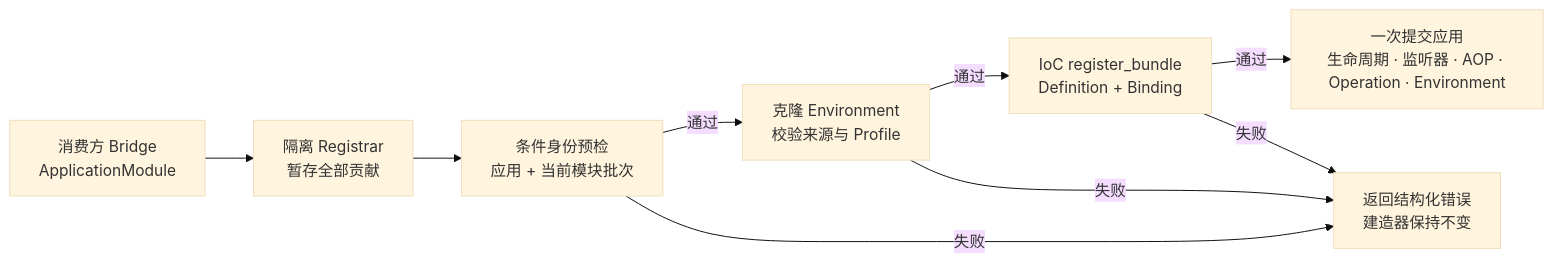
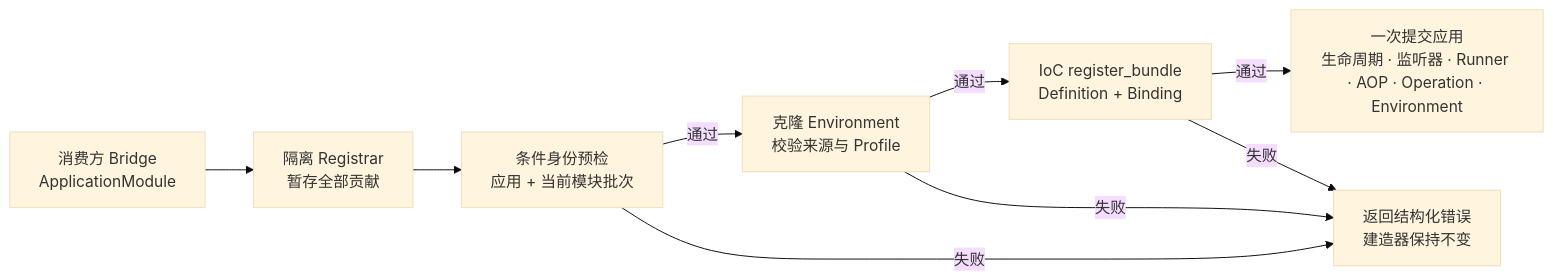
Before and after one commit to easy-4-rust/vernal: diagram 14 of 25 in docs/Vernal-Architecture.zh_CN.md, drawn with Mermaid (base theme). The commit also changed other lines of this file and 36 other files, not shown here.

````diff
--- a/docs/Vernal-Architecture.zh_CN.md
+++ b/docs/Vernal-Architecture.zh_CN.md
@@ -930,19 +931,19 @@
 ```mermaid
 flowchart LR
     Bridge["消费方 Bridge<br/>ApplicationModule"]
     Stage["隔离 Registrar<br/>暂存全部贡献"]
     Condition["条件身份预检<br/>应用 + 当前模块批次"]
     Env["克隆 Environment<br/>校验来源与 Profile"]
     Bundle["IoC register_bundle<br/>Definition + Binding"]
-    Commit["一次提交应用<br/>生命周期 · 监听器 · AOP · Operation · Environment"]
+    Commit["一次提交应用<br/>生命周期 · 监听器 · Runner · AOP · Operation · Environment"]
     Rollback["返回结构化错误<br/>建造器保持不变"]
 
     Bridge --> Stage
     Stage --> Condition
     Condition -->|"通过"| Env
     Condition -->|"失败"| Rollback
     Env -->|"通过"| Bundle
     Env -->|"失败"| Rollback
     Bundle -->|"通过"| Commit
     Bundle -->|"失败"| Rollback
 ```
````
